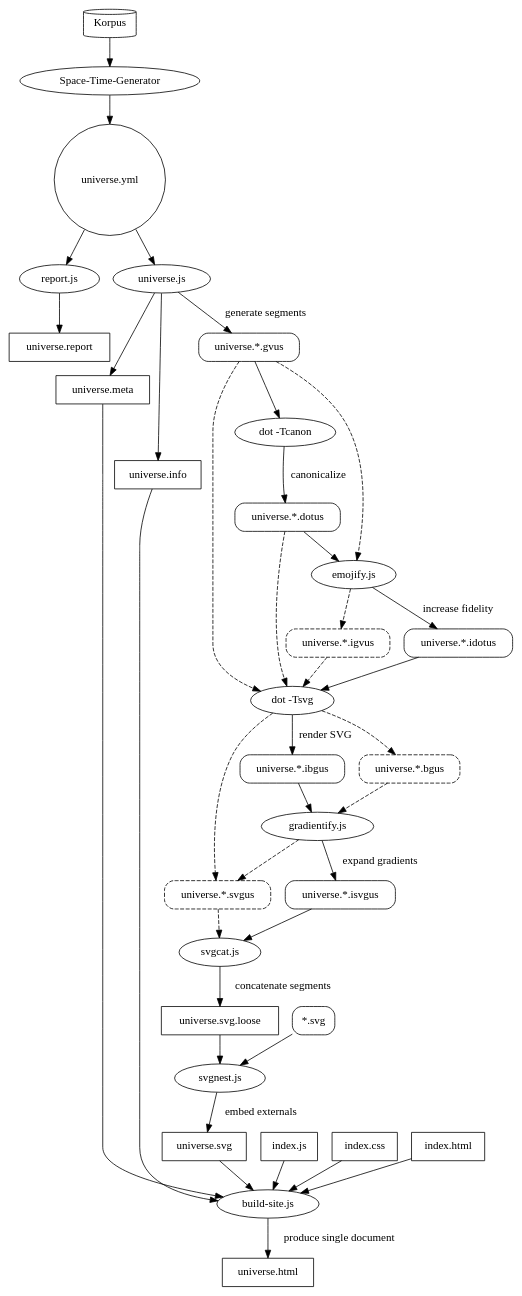
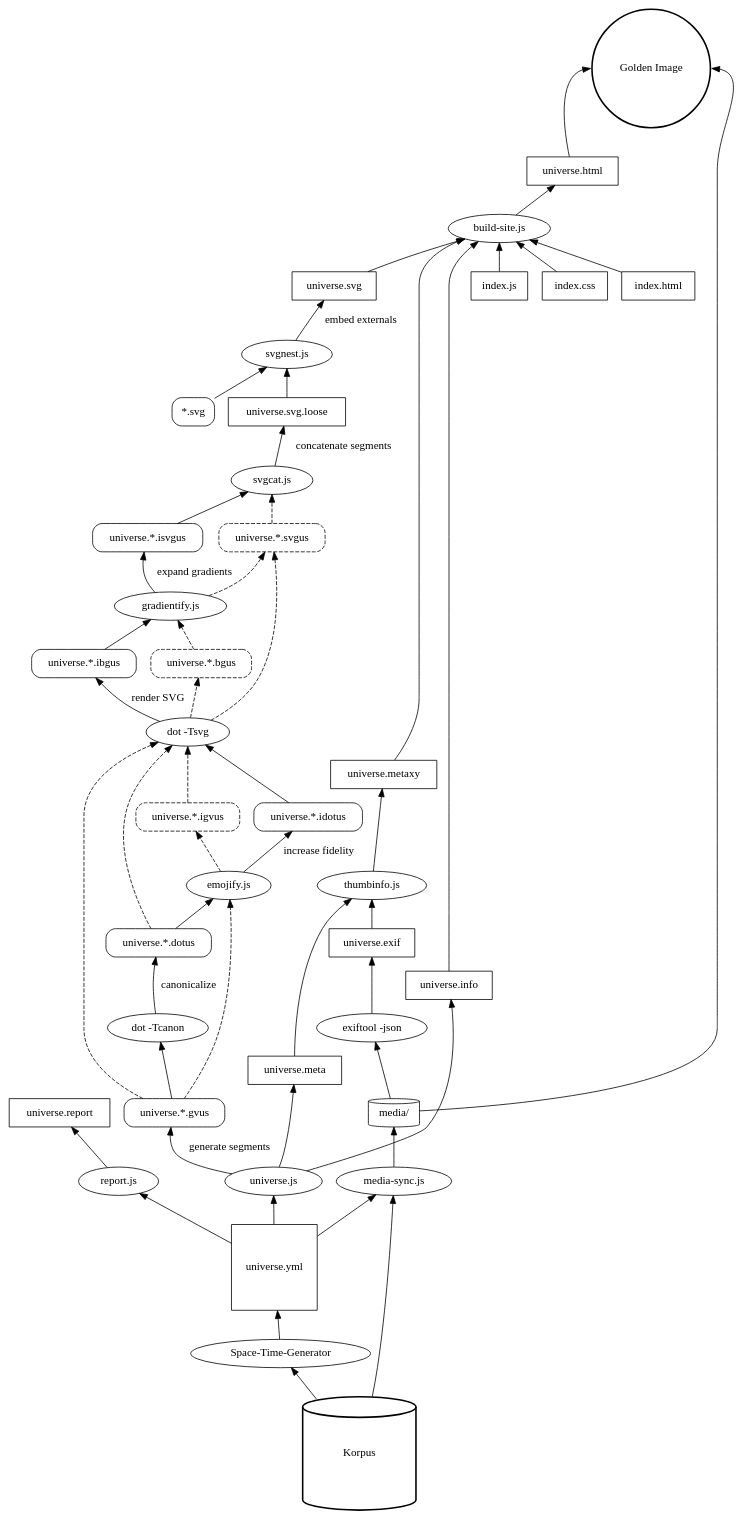
Before and after one commit to oliversalzburg/timeline: the diagram in docs/pipeline.gv, drawn with Graphviz. The commit also changed 6 other files, not shown here.

```diff
--- a/docs/pipeline.gv
+++ b/docs/pipeline.gv
@@ -1,86 +1,105 @@
 digraph pipeline {
-	graph[rankdir=TB];
+	graph[rankdir=BT];
 
-	korpus [label="Korpus" shape=cylinder];
+	korpus [label="Korpus" shape=cylinder style=bold width=2 height=2];
 	emoji [label="*.svg" shape=rect style=rounded];
 	stg [label="Space-Time-Generator" shape=oval];
-	universe [label="universe.yml" shape=circle];
+	universe [label="universe.yml" shape=square];
 
 	reporter [label="report.js" shape=oval];
 	renderer [label="universe.js" shape=oval];
 	canon [label="dot -Tcanon" shape=oval];
 	emojify [label="emojify.js" shape=oval];
 	dot [label="dot -Tsvg" shape=oval];
 	svgcat [label="svgcat.js" shape=oval];
 	svgnest [label="svgnest.js" shape=oval];
 	gradientify [label="gradientify.js" shape=oval];
 	buildsite [label="build-site.js" shape=oval];
+	mediasync [label="media-sync.js" shape=oval];
+	exiftool [label="exiftool -json" shape=oval];
+	thumbinfo [label="thumbinfo.js" shape=oval];
 	
 	gvus [label="universe.*.gvus" shape=rect style=rounded];
 	dotus [label="universe.*.dotus" shape=rect style=rounded];
 	igvus [label="universe.*.igvus" shape=rect style="rounded,dashed"];
 	idotus [label="universe.*.idotus" shape=rect style=rounded];
 	ibgus [label="universe.*.ibgus" shape=rect style=rounded];
 	isvgus [label="universe.*.isvgus" shape=rect style=rounded];
 
 	bgus [label="universe.*.bgus" shape=rect style="rounded,dashed"];
 	svgus [label="universe.*.svgus" shape=rect style="rounded,dashed"];
 
 	loose [label="universe.svg.loose" shape=rect];
 
 	svg [label="universe.svg" shape=rect];
 	meta [label="universe.meta" shape=rect];
+	metaxy [label="universe.metaxy" shape=rect];
 	info [label="universe.info" shape=rect];
+	exif [label="universe.exif" shape=rect];
 	html [label="universe.html" shape=rect];
 	report [label="universe.report" shape=rect];
 	indexjs [label="index.js" shape=rect];
 	indexcss [label="index.css" shape=rect];
 	indexhtml [label="index.html" shape=rect];
+	media [label="media/" shape=cylinder];
+	
+	output [label="Golden Image" shape=circle style=bold];
 
 	korpus -> stg -> universe;
+	
+	korpus -> mediasync;
+	universe -> mediasync;
+	mediasync -> media;
+	media -> exiftool -> exif;
+	exif -> thumbinfo;
+	meta -> thumbinfo;
+	thumbinfo -> metaxy;
 
 	universe -> renderer;
 	universe -> reporter -> report;
 
 	renderer -> meta;
 	renderer -> info;
 	renderer -> gvus [label="generate segments"];
 
 	gvus -> canon;
 	canon -> dotus [label="canonicalize"];
 
 	gvus -> dot [style=dashed];
 	
 	dotus -> emojify;
 	emojify -> idotus [label="increase fidelity"];
 
 	gvus -> emojify -> igvus [style=dashed];
 	igvus -> dot [style=dashed];
 	
 	idotus -> dot;
 	dot -> ibgus [label="render SVG"];
 
 	dotus -> dot [style=dashed];
 	dot -> svgus [style=dashed];
 	dot -> bgus [style=dashed];
 	bgus -> gradientify -> svgus [style=dashed];
 	
 	ibgus -> gradientify;
 	gradientify -> isvgus [label="expand gradients"];
 
 	svgus -> svgcat [style=dashed];
 	isvgus -> svgcat;
 	svgcat -> loose [label="concatenate segments"];
 
 	emoji -> svgnest;
 	loose -> svgnest;
 	svgnest -> svg [label="embed externals"];
 
 	indexjs -> buildsite;
 	indexcss -> buildsite;
 	indexhtml -> buildsite;
 	svg -> buildsite;
 	info -> buildsite;
-	meta -> buildsite;
-	buildsite -> html [label="produce single document"];
+	metaxy -> buildsite;
+	buildsite -> html;
+	
+	html -> output:w;
+	media -> output:e;
 }
```
